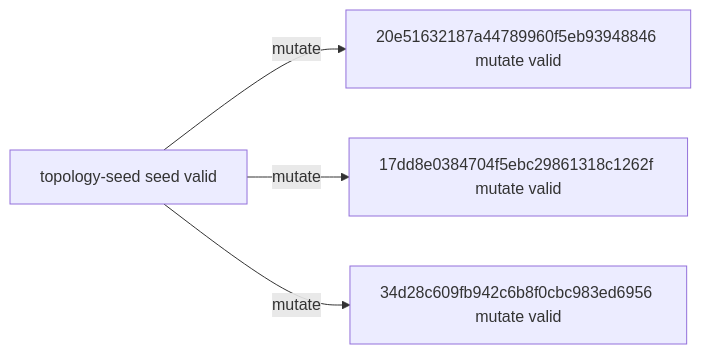
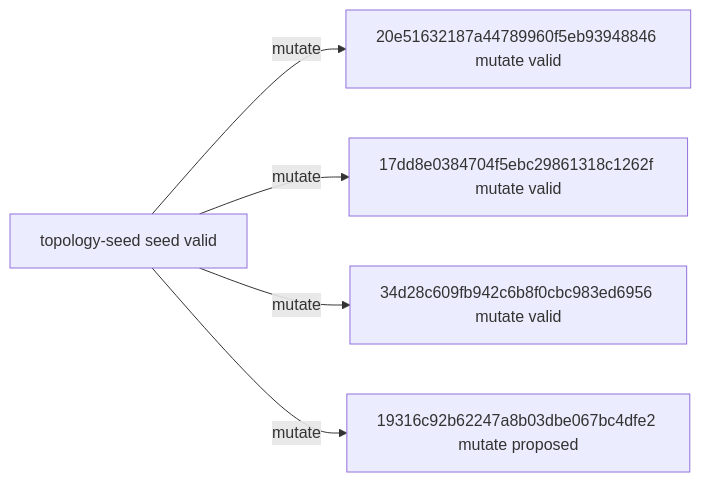
Before and after one commit to timbtz/feyer-search-lab: the diagram in experiments/campaigns/topology-smac-v1/README.md, drawn with Mermaid. The commit also changed other lines of this file and 7 other files, not shown here.

````diff
--- a/experiments/campaigns/topology-smac-v1/README.md
+++ b/experiments/campaigns/topology-smac-v1/README.md
@@ -21,10 +21,12 @@
 ```mermaid
 graph LR
   n0["topology-seed seed valid"]
   n1["20e51632187a44789960f5eb93948846 mutate valid"]
   n2["17dd8e0384704f5ebc29861318c1262f mutate valid"]
   n3["34d28c609fb942c6b8f0cbc983ed6956 mutate valid"]
+  n4["19316c92b62247a8b03dbe067bc4dfe2 mutate proposed"]
   n0 -->|mutate| n1
   n0 -->|mutate| n2
   n0 -->|mutate| n3
+  n0 -->|mutate| n4
 ```
````
